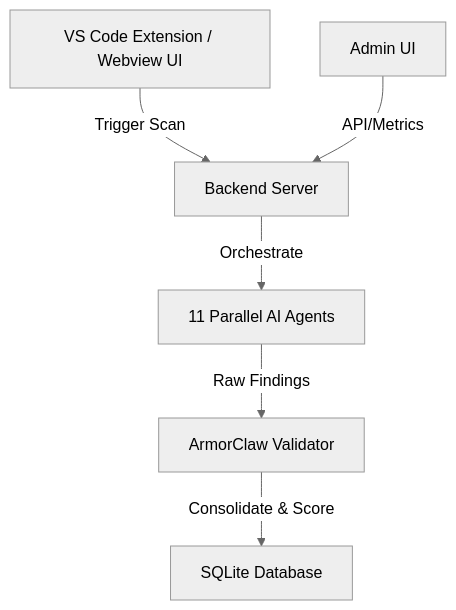
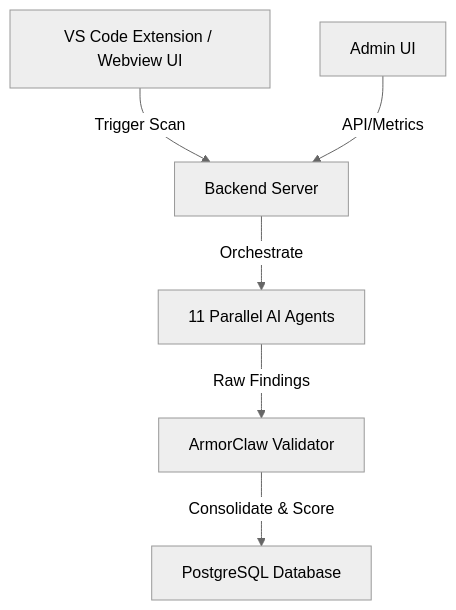
One commit to owwll/codearmor changed the diagram in README.md. Above: the diagram before and after it, drawn with Mermaid (neutral theme). The commit also changed other lines of this file, not shown here.

Commit message:
docs: update backend tech stack to PostgreSQL/Drizzle and document project structure in README

````diff
--- a/README.md
+++ b/README.md
@@ -31,8 +31,8 @@
 ```mermaid
 graph TD
   A[VS Code Extension / Webview UI] -->|Trigger Scan| B[Backend Server]
   C[Admin UI] -->|API/Metrics| B
   B -->|Orchestrate| D[11 Parallel AI Agents]
   D -->|Raw Findings| E[ArmorClaw Validator]
-  E -->|Consolidate & Score| F[SQLite Database]
+  E -->|Consolidate & Score| F[PostgreSQL Database]
 ```
````
